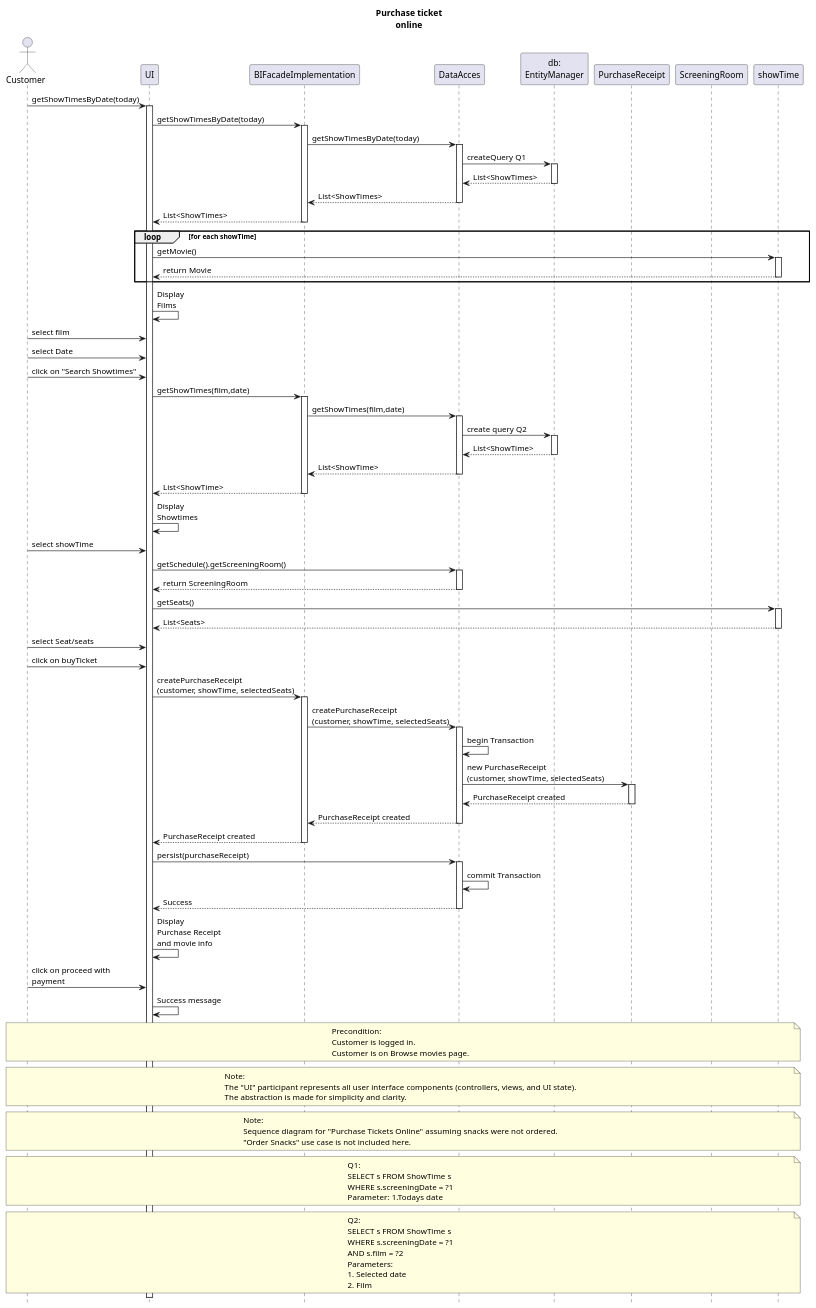
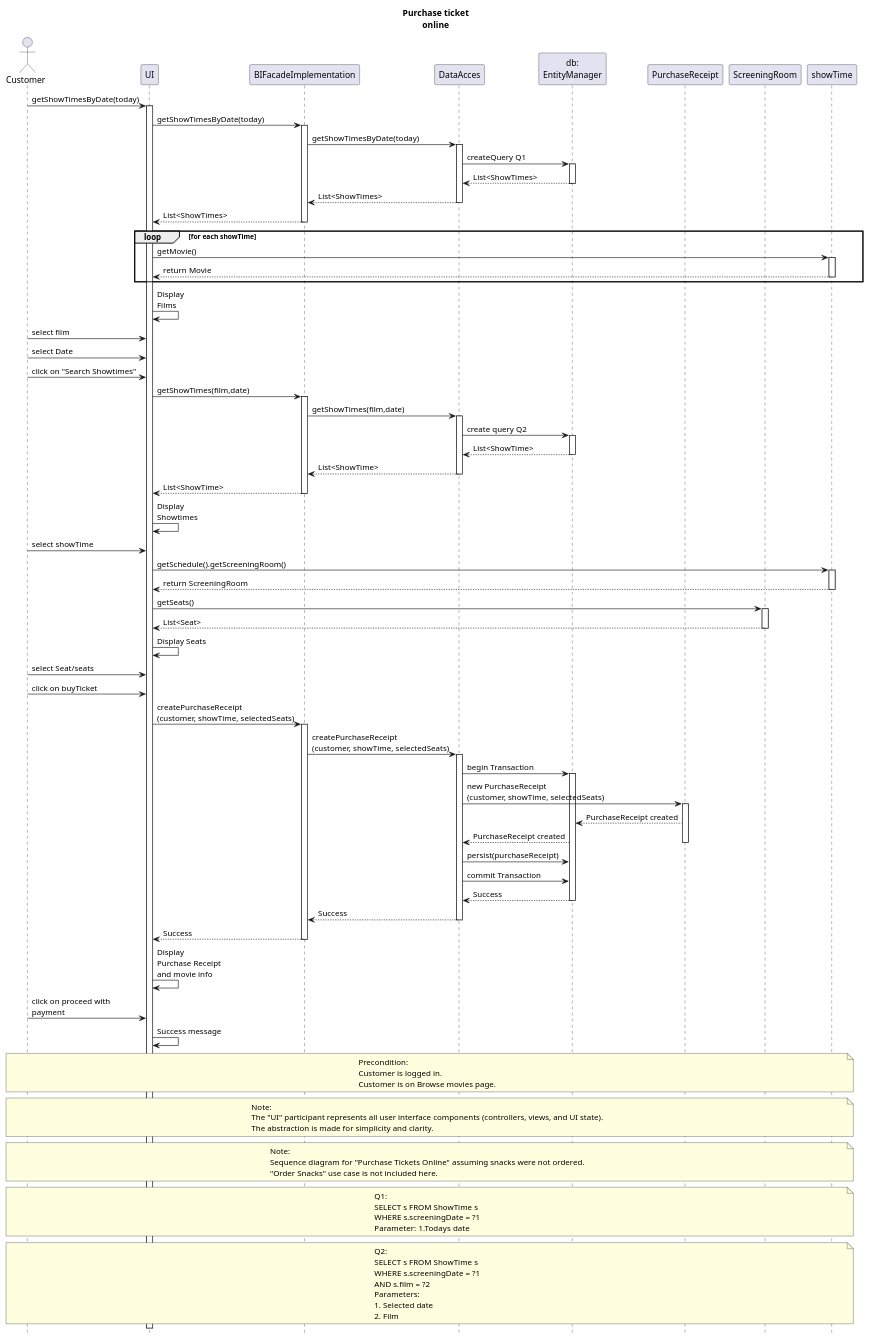
The diagram in docs/Sequence_Diagram/Sequence_Diagram.puml (BenatErzibengoa/Cinema-app), drawn with PlantUML before and after one commit. The commit also changed 2 other files, not shown here.

Commit message:
Fix sequence diagram errors

```diff
--- a/docs/Sequence_Diagram/Sequence_Diagram.puml
+++ b/docs/Sequence_Diagram/Sequence_Diagram.puml
@@ -1,131 +1,135 @@
 @startuml
 title Purchase ticket\nonline
 hide footbox
 
 actor Customer
 participant UI
 participant "BIFacadeImplementation" as BIF
 participant "DataAcces" as DA
 participant "db:\nEntityManager" as EM
 participant "PurchaseReceipt" as PR
 participant "ScreeningRoom" as SR
 participant "showTime" as ST
 
 Customer -> UI: getShowTimesByDate(today)
 activate UI
 UI -> BIF: getShowTimesByDate(today)
 activate BIF
 BIF -> DA: getShowTimesByDate(today)
 activate DA
 DA -> EM: createQuery Q1
 activate EM
 EM --> DA: List<ShowTimes>
 deactivate EM
 DA --> BIF: List<ShowTimes>
 deactivate DA
 BIF --> UI: List<ShowTimes>
 deactivate BIF
 
 loop for each showTime
   UI -> ST: getMovie()
   activate ST
   ST --> UI: return Movie
   deactivate ST
 end loop
 
 UI -> UI: Display\nFilms
 
 Customer -> UI: select film
 Customer -> UI: select Date
 Customer -> UI: click on "Search Showtimes"
 
 UI -> BIF: getShowTimes(film,date)
 activate BIF
 BIF -> DA: getShowTimes(film,date)
 activate DA
 DA -> EM: create query Q2
 activate EM
 EM --> DA: List<ShowTime>
 deactivate EM
 DA --> BIF: List<ShowTime>
 deactivate DA
 BIF --> UI: List<ShowTime>
 deactivate BIF
 
 UI -> UI: Display\nShowtimes
 
 Customer -> UI: select showTime
-UI -> DA: getSchedule().getScreeningRoom()
-activate DA
-DA --> UI: return ScreeningRoom
-deactivate DA
+UI -> ST: getSchedule().getScreeningRoom()
+activate ST
+ST --> UI: return ScreeningRoom
+deactivate ST
 
-UI -> ST: getSeats()
-activate ST
-ST --> UI: List<Seats>
-deactivate ST
+UI -> SR: getSeats()
+activate SR
+SR --> UI: List<Seat>
+deactivate SR
+
+UI -> UI: Display Seats
 
 Customer -> UI: select Seat/seats
 Customer -> UI: click on buyTicket
 
 UI -> BIF: createPurchaseReceipt\n(customer, showTime, selectedSeats)
 activate BIF
 BIF -> DA: createPurchaseReceipt\n(customer, showTime, selectedSeats)
 activate DA
-DA -> DA: begin Transaction
+DA -> EM: begin Transaction
+activate EM
 DA -> PR: new PurchaseReceipt\n(customer, showTime, selectedSeats)
 activate PR
-PR --> DA: PurchaseReceipt created
+PR --> EM: PurchaseReceipt created
+EM --> DA: PurchaseReceipt created
 deactivate PR
-DA --> BIF: PurchaseReceipt created
+
+DA -> EM: persist(purchaseReceipt)
+DA -> EM: commit Transaction
+EM --> DA: Success
+deactivate EM
+
+DA --> BIF: Success
 deactivate DA
-BIF --> UI: PurchaseReceipt created
+BIF --> UI: Success
 deactivate BIF
-
-UI -> DA: persist(purchaseReceipt)
-activate DA
-DA -> DA: commit Transaction
-DA --> UI: Success
-deactivate DA
 
 UI -> UI: Display\nPurchase Receipt\nand movie info
 Customer -> UI: click on proceed with\npayment
 UI -> UI: Success message
 
 ' Notes at the bottom in a line
 note across #lightyellow
 Precondition:
 Customer is logged in.
 Customer is on Browse movies page.
 end note
 
 note across #lightyellow
 Note:
 The "UI" participant represents all user interface components (controllers, views, and UI state).
 The abstraction is made for simplicity and clarity.
 end note
 
 note across #lightyellow
 Note:
 Sequence diagram for "Purchase Tickets Online" assuming snacks were not ordered.
 "Order Snacks" use case is not included here.
 end note
 
 note across #lightyellow
 Q1:
 SELECT s FROM ShowTime s
 WHERE s.screeningDate = ?1
 Parameter: 1.Todays date
 end note
 
 note across #lightyellow
 Q2:
 SELECT s FROM ShowTime s
 WHERE s.screeningDate = ?1
 AND s.film = ?2
 Parameters:
 1. Selected date
 2. Film
 end note
 
 @enduml
```
